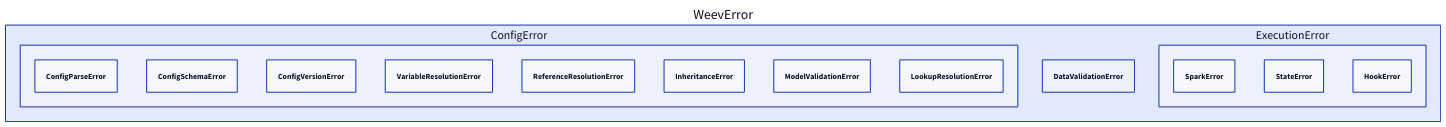
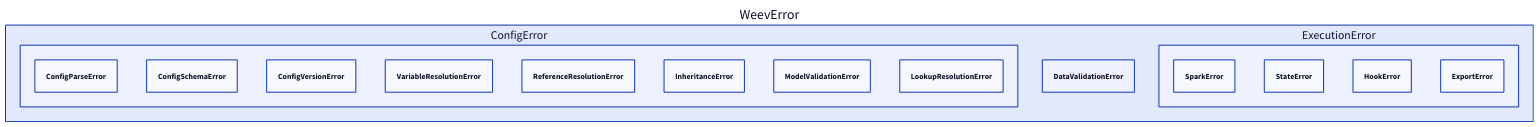
The diagram in docs/reference/api/errors.md (ardent-data/weevr), drawn with D2 before and after one commit. The commit also changed other lines of this file and 10 other files, not shown here.

````diff
--- a/docs/reference/api/errors.md
+++ b/docs/reference/api/errors.md
@@ -23,22 +23,23 @@
 ```d2
 direction: down
 
 WeevError: WeevError {
   ConfigError: ConfigError {
     ConfigParseError
     ConfigSchemaError
     ConfigVersionError
     VariableResolutionError
     ReferenceResolutionError
     InheritanceError
     ModelValidationError
     LookupResolutionError
   }
   ExecutionError: ExecutionError {
     SparkError
     StateError
     HookError
+    ExportError
   }
   DataValidationError
 }
 ```
````
